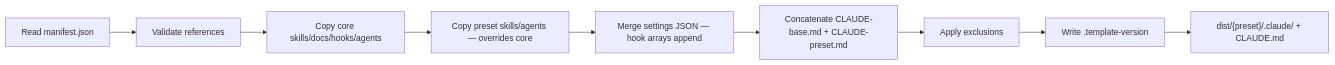
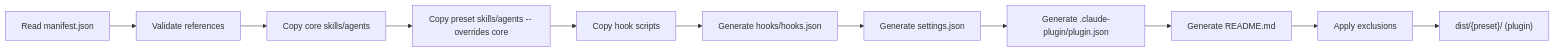
Before and after one commit to cdcoonce/claude-workflow: the third of 4 diagrams in README.md, drawn with Mermaid. The commit also changed other lines of this file and 34 other files, not shown here.

First line of the commit message:
feat(build): convert preset output from .claude/ directories to plugin format

````diff
--- a/README.md
+++ b/README.md
@@ -153,11 +151,13 @@
 ```mermaid
 flowchart LR
     A[Read manifest.json] --> B[Validate references]
-    B --> C[Copy core skills/docs/hooks/agents]
-    C --> D[Copy preset skills/agents — overrides core]
-    D --> E[Merge settings JSON — hook arrays append]
-    E --> F[Concatenate CLAUDE-base.md + CLAUDE-preset.md]
-    F --> G[Apply exclusions]
-    G --> H[Write .template-version]
-    H --> I["dist/{preset}/.claude/ + CLAUDE.md"]
+    B --> C[Copy core skills/agents]
+    C --> D[Copy preset skills/agents -- overrides core]
+    D --> E[Copy hook scripts]
+    E --> F[Generate hooks/hooks.json]
+    F --> G[Generate settings.json]
+    G --> H[Generate .claude-plugin/plugin.json]
+    H --> I[Generate README.md]
+    I --> J[Apply exclusions]
+    J --> K["dist/{preset}/ (plugin)"]
 ```
````
